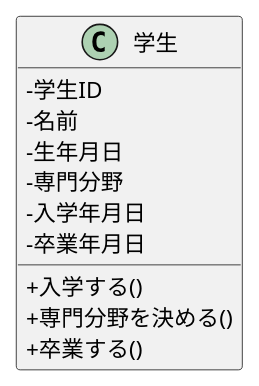
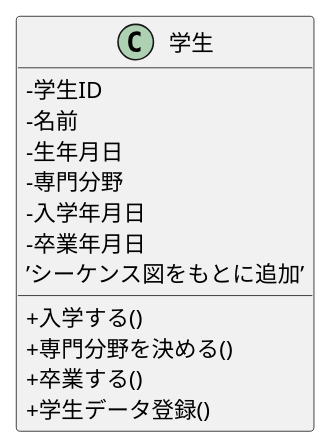
Before and after one commit to okazaki278/ohara_uml: the diagram in 05_web_ronbun/class.pu, drawn with PlantUML. The commit also changed 2 other files, not shown here.

```diff
--- a/05_web_ronbun/class.pu
+++ b/05_web_ronbun/class.pu
@@ -1,15 +1,16 @@
 @startuml
 skinparam classAttributeIconSize 0
 class 学生 {
  -学生ID
  -名前
  -生年月日
  -専門分野
  -入学年月日
  -卒業年月日
-
  +入学する()
  +専門分野を決める()
  +卒業する()
+ ’シーケンス図をもとに追加’
+ +学生データ登録()
 }
 @enduml
```
